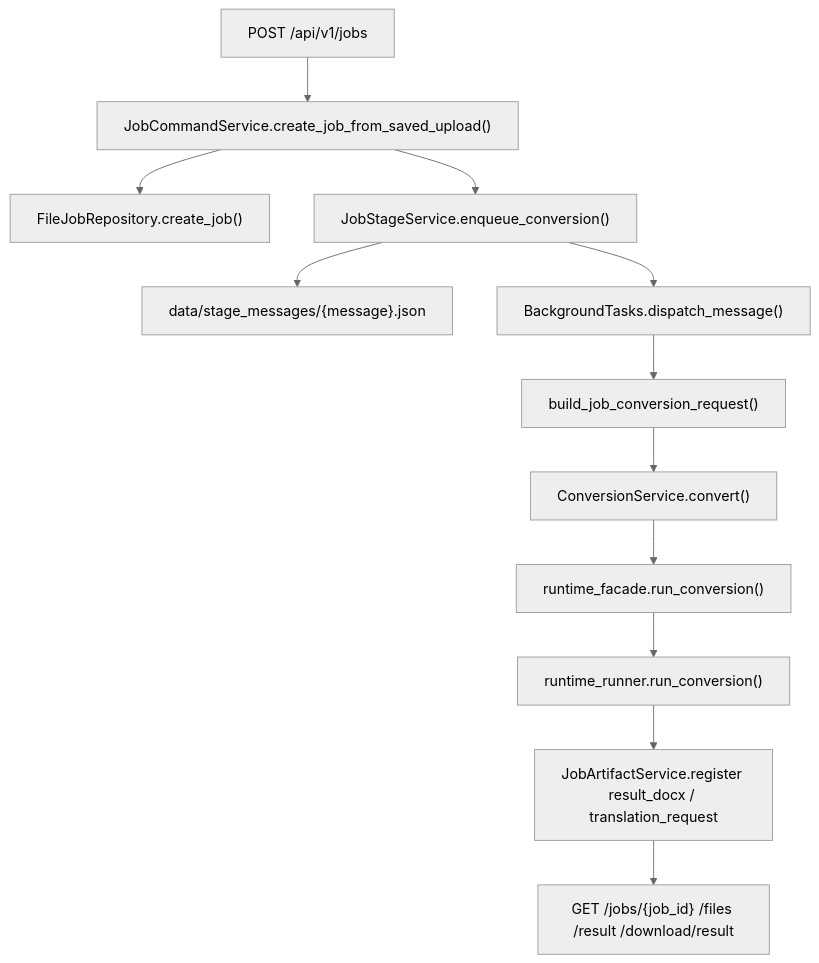
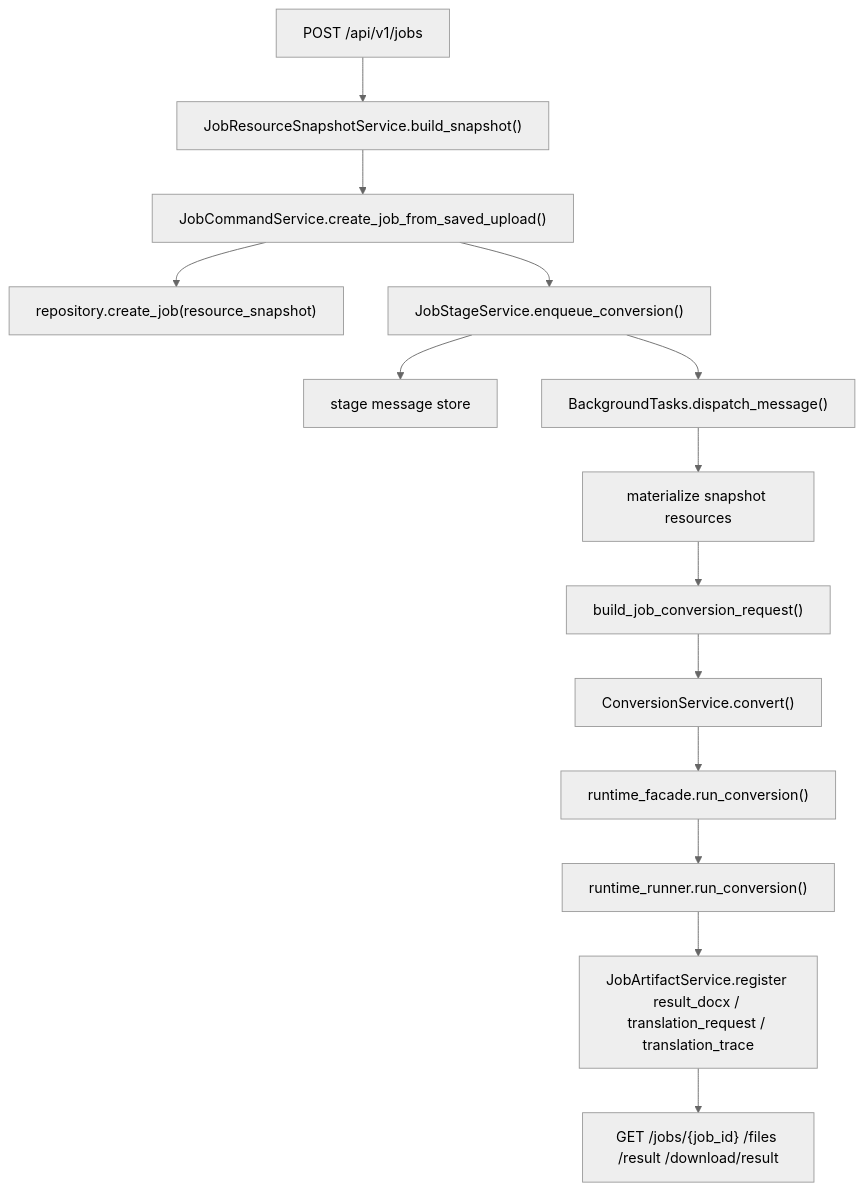
Before and after one commit to ccisnoxx/md2word: the second of 2 diagrams in .codestable/architecture/ARCHITECTURE.md, drawn with Mermaid (neutral theme). The commit also changed other lines of this file and 176 other files, not shown here.

````diff
--- a/.codestable/architecture/ARCHITECTURE.md
+++ b/.codestable/architecture/ARCHITECTURE.md
@@ -142,14 +198,16 @@
 ```mermaid
 flowchart TD
-    A["POST /api/v1/jobs"] --> B["JobCommandService.create_job_from_saved_upload()"]
-    B --> C["FileJobRepository.create_job()"]
-    B --> D["JobStageService.enqueue_conversion()"]
-    D --> E["data/stage_messages/{message}.json"]
-    D --> F["BackgroundTasks.dispatch_message()"]
-    F --> G["build_job_conversion_request()"]
-    G --> H["ConversionService.convert()"]
-    H --> I["runtime_facade.run_conversion()"]
-    I --> J["runtime_runner.run_conversion()"]
-    J --> K["JobArtifactService.register result_docx / translation_request"]
-    K --> L["GET /jobs/{job_id} /files /result /download/result"]
+    A["POST /api/v1/jobs"] --> B["JobResourceSnapshotService.build_snapshot()"]
+    B --> C["JobCommandService.create_job_from_saved_upload()"]
+    C --> D["repository.create_job(resource_snapshot)"]
+    C --> E["JobStageService.enqueue_conversion()"]
+    E --> F["stage message store"]
+    E --> G["BackgroundTasks.dispatch_message()"]
+    G --> H["materialize snapshot resources"]
+    H --> I["build_job_conversion_request()"]
+    I --> J["ConversionService.convert()"]
+    J --> K["runtime_facade.run_conversion()"]
+    K --> L["runtime_runner.run_conversion()"]
+    L --> M["JobArtifactService.register result_docx / translation_request / translation_trace"]
+    M --> N["GET /jobs/{job_id} /files /result /download/result"]
 ```
````
